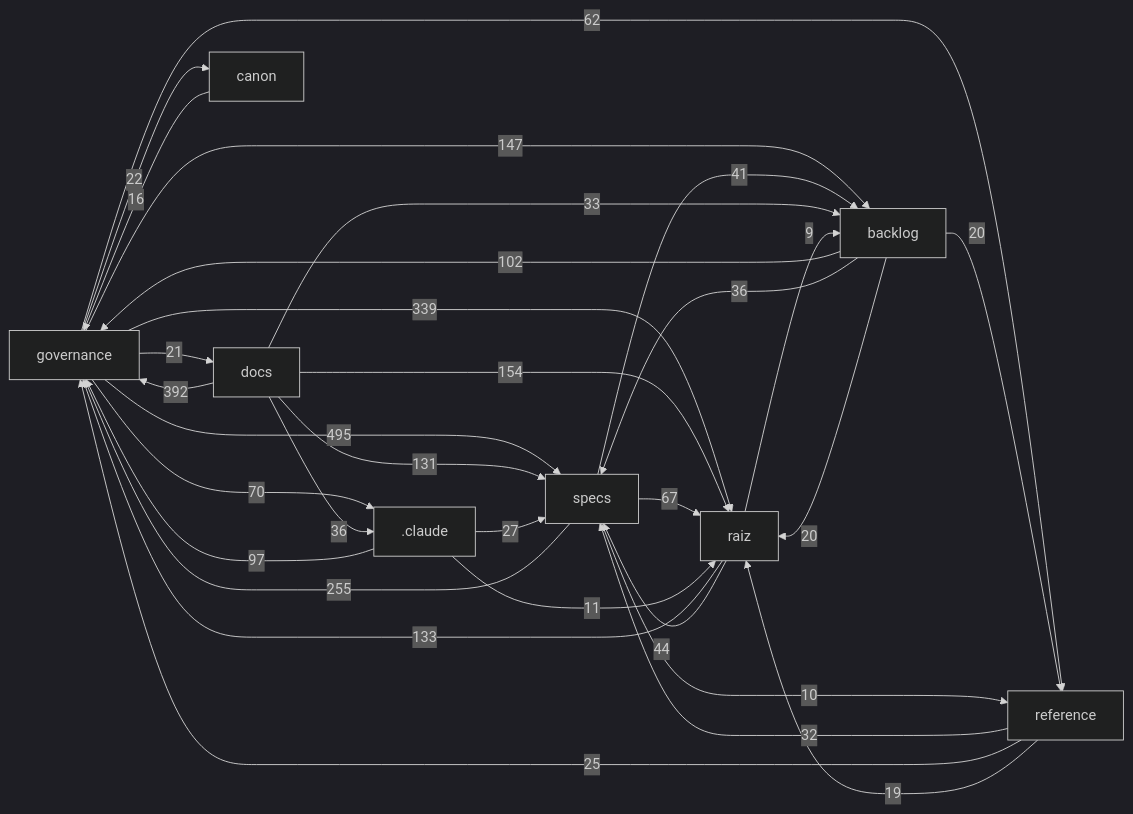
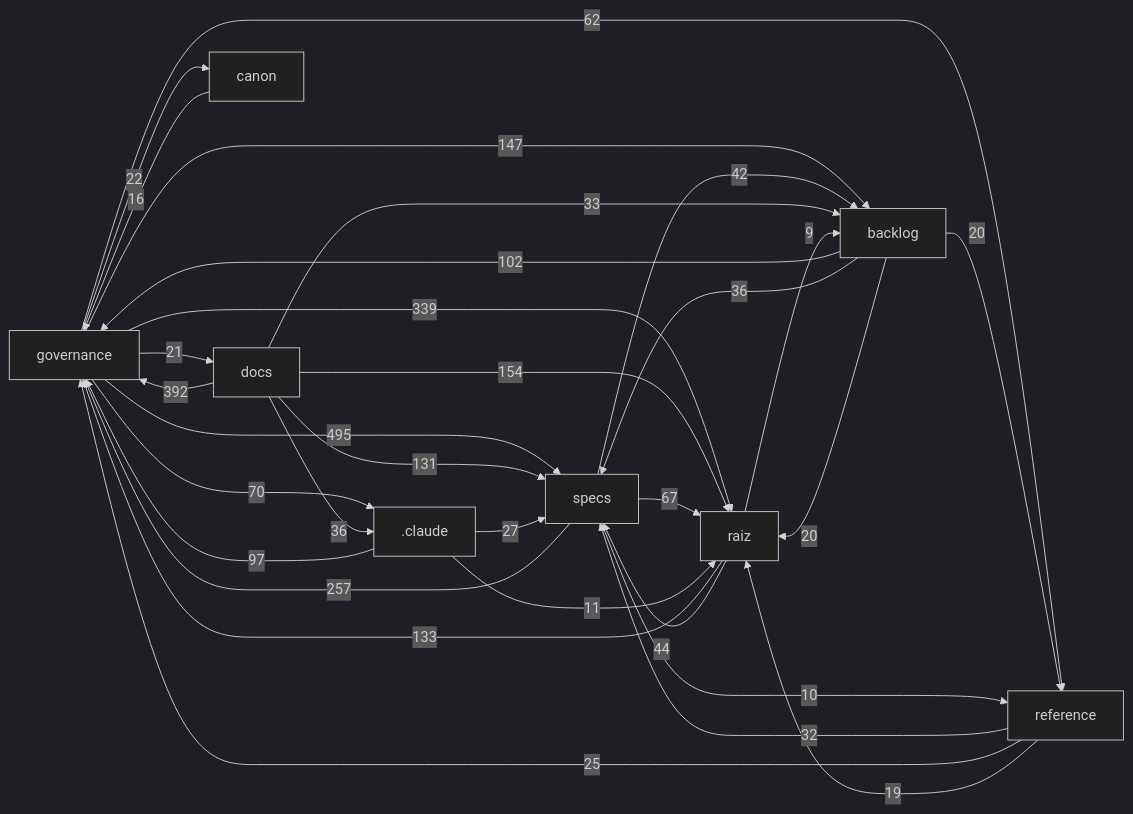
One commit to Andraus35/Sistema-Operacional-de-Trading--SOT changed the diagram in docs/mapa/MAPA-PROJETO.md. Above: the diagram before and after it, drawn with Mermaid (dark theme). The commit also changed other lines of this file and 2 other files, not shown here.

````diff
--- a/docs/mapa/MAPA-PROJETO.md
+++ b/docs/mapa/MAPA-PROJETO.md
@@ -29,33 +29,33 @@
 ```mermaid
 flowchart LR
   governance["governance"] -->|495| specs["specs"]
   docs["docs"] -->|392| governance["governance"]
   governance["governance"] -->|339| raiz["raiz"]
-  specs["specs"] -->|255| governance["governance"]
+  specs["specs"] -->|257| governance["governance"]
   docs["docs"] -->|154| raiz["raiz"]
   governance["governance"] -->|147| backlog["backlog"]
   raiz["raiz"] -->|133| governance["governance"]
   docs["docs"] -->|131| specs["specs"]
   backlog["backlog"] -->|102| governance["governance"]
   _claude[".claude"] -->|97| governance["governance"]
   governance["governance"] -->|70| _claude[".claude"]
   specs["specs"] -->|67| raiz["raiz"]
   governance["governance"] -->|62| reference["reference"]
   raiz["raiz"] -->|44| specs["specs"]
-  specs["specs"] -->|41| backlog["backlog"]
+  specs["specs"] -->|42| backlog["backlog"]
   backlog["backlog"] -->|36| specs["specs"]
   docs["docs"] -->|36| _claude[".claude"]
   docs["docs"] -->|33| backlog["backlog"]
   reference["reference"] -->|32| specs["specs"]
   _claude[".claude"] -->|27| specs["specs"]
   reference["reference"] -->|25| governance["governance"]
   governance["governance"] -->|22| canon["canon"]
   governance["governance"] -->|21| docs["docs"]
   backlog["backlog"] -->|20| raiz["raiz"]
   backlog["backlog"] -->|20| reference["reference"]
   reference["reference"] -->|19| raiz["raiz"]
   canon["canon"] -->|16| governance["governance"]
   _claude[".claude"] -->|11| raiz["raiz"]
   specs["specs"] -->|10| reference["reference"]
   raiz["raiz"] -->|9| backlog["backlog"]
 ```
````
